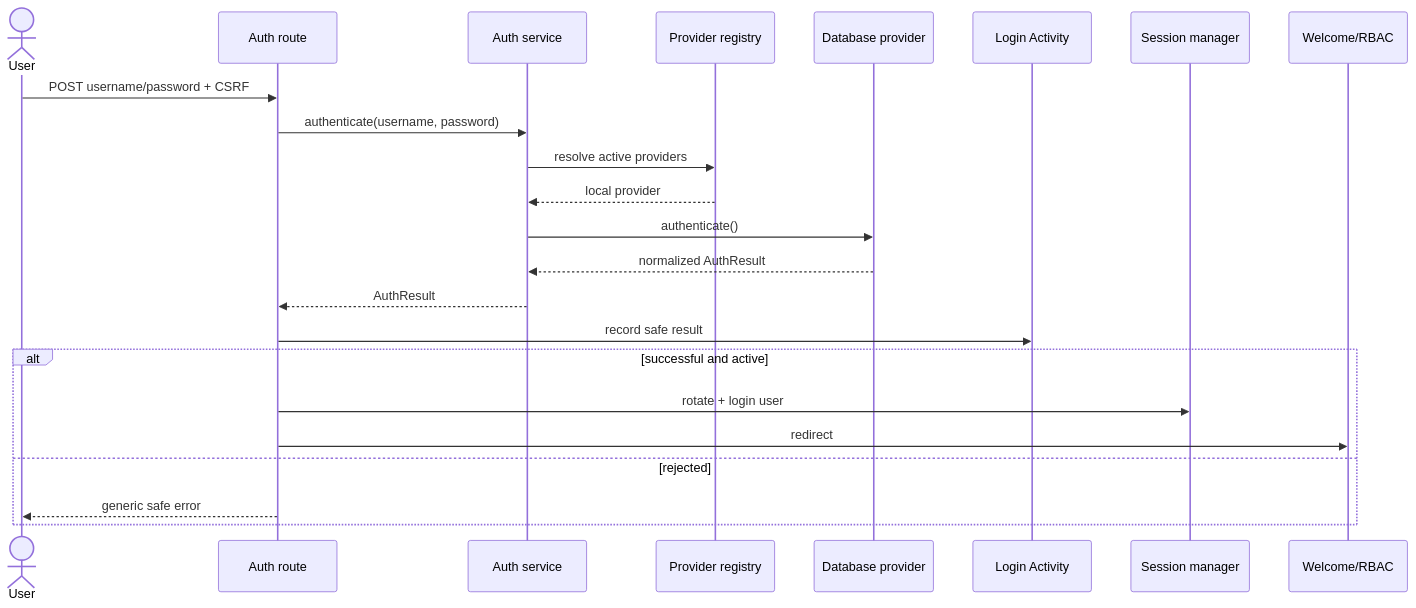
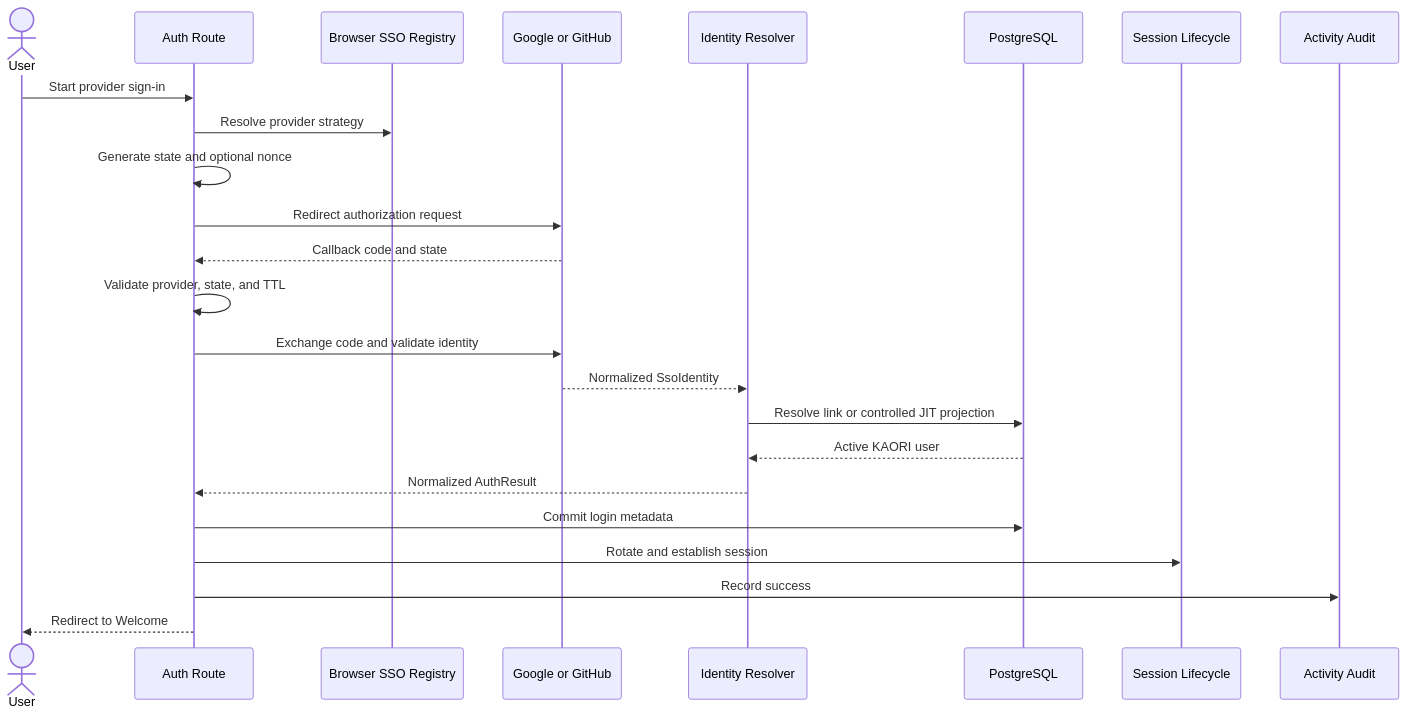
Before and after one commit to OXY7O/KAORI: the second of 2 diagrams in docs/authentication/AUTHENTICATION_FLOWS.md, drawn with Mermaid. The commit also changed other lines of this file and 49 other files, not shown here.

Commit message:
refactor(auth): establish maintainable provider foundation

````diff
--- a/docs/authentication/AUTHENTICATION_FLOWS.md
+++ b/docs/authentication/AUTHENTICATION_FLOWS.md
@@ -29,26 +31,27 @@
 ```mermaid
 sequenceDiagram
     actor User
-    participant Route as Auth route
-    participant Service as Auth service
-    participant Registry as Provider registry
-    participant DBP as Database provider
-    participant Audit as Login Activity
-    participant Session as Session manager
-    participant Welcome as Welcome/RBAC
+    participant Route as Auth Route
+    participant Registry as Browser SSO Registry
+    participant Provider as Google or GitHub
+    participant Resolver as Identity Resolver
+    participant DB as PostgreSQL
+    participant Session as Session Lifecycle
+    participant Audit as Activity Audit
 
-    User->>Route: POST username/password + CSRF
-    Route->>Service: authenticate(username, password)
-    Service->>Registry: resolve active providers
-    Registry-->>Service: local provider
-    Service->>DBP: authenticate()
-    DBP-->>Service: normalized AuthResult
-    Service-->>Route: AuthResult
-    Route->>Audit: record safe result
-    alt successful and active
-        Route->>Session: rotate + login user
-        Route->>Welcome: redirect
-    else rejected
-        Route-->>User: generic safe error
-    end
+    User->>Route: Start provider sign-in
+    Route->>Registry: Resolve provider strategy
+    Route->>Route: Generate state and optional nonce
+    Route->>Provider: Redirect authorization request
+    Provider-->>Route: Callback code and state
+    Route->>Route: Validate provider, state, and TTL
+    Route->>Provider: Exchange code and validate identity
+    Provider-->>Resolver: Normalized SsoIdentity
+    Resolver->>DB: Resolve link or controlled JIT projection
+    DB-->>Resolver: Active KAORI user
+    Resolver-->>Route: Normalized AuthResult
+    Route->>DB: Commit login metadata
+    Route->>Session: Rotate and establish session
+    Route->>Audit: Record success
+    Route-->>User: Redirect to Welcome
 ```
````
